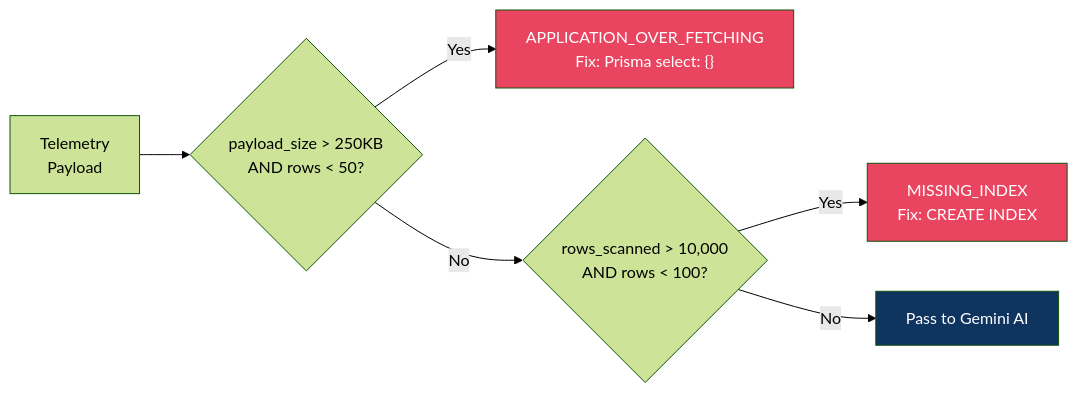
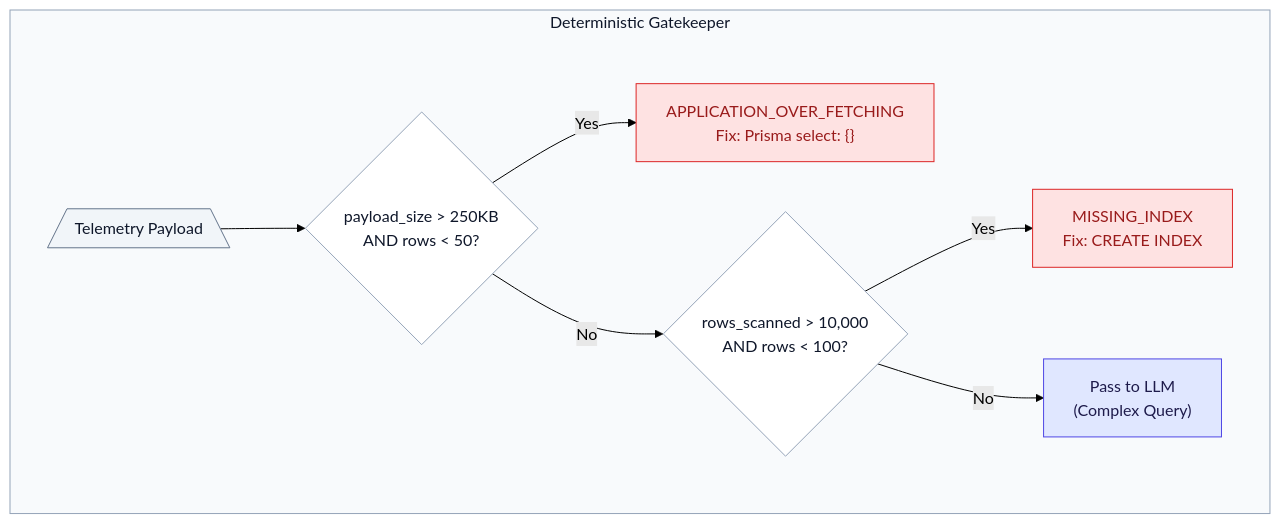
Before and after one commit to wazer24/Wrapper_anamoly-detection: the second of 4 diagrams in README.md, drawn with Mermaid (forest theme). The commit also changed other lines of this file, not shown here.

````diff
--- a/README.md
+++ b/README.md
@@ -66,12 +76,26 @@
 ```mermaid
 flowchart LR
-    P["Telemetry\nPayload"] --> Q{"payload_size > 250KB\nAND rows < 50?"}
-    Q -->|"Yes"| R["APPLICATION_OVER_FETCHING\nFix: Prisma select: {}"]
-    Q -->|"No"| S{"rows_scanned > 10,000\nAND rows < 100?"}
-    S -->|"Yes"| T["MISSING_INDEX\nFix: CREATE INDEX"]
-    S -->|"No"| U["Pass to Gemini AI"]
+    subgraph GATEKEEPER["Deterministic Gatekeeper"]
+        direction LR
+        P[/"Telemetry Payload"\]
+        Q{"payload_size > 250KB\nAND rows < 50?"}
+        S{"rows_scanned > 10,000\nAND rows < 100?"}
+        R["APPLICATION_OVER_FETCHING\nFix: Prisma select: {}"]
+        T["MISSING_INDEX\nFix: CREATE INDEX"]
+        U["Pass to LLM\n(Complex Query)"]
 
-    style R fill:#e94560,color:#fff
-    style T fill:#e94560,color:#fff
-    style U fill:#0f3460,color:#fff
+        P --> Q
+        Q -->|Yes| R
+        Q -->|No| S
+        S -->|Yes| T
+        S -->|No| U
+    end
+
+    style GATEKEEPER fill:#f8fafc,stroke:#94a3b8,color:#0f172a
+    style P fill:#f1f5f9,stroke:#64748b,color:#0f172a
+    style Q fill:#ffffff,stroke:#94a3b8,color:#0f172a
+    style S fill:#ffffff,stroke:#94a3b8,color:#0f172a
+    style R fill:#fee2e2,stroke:#dc2626,color:#991b1b
+    style T fill:#fee2e2,stroke:#dc2626,color:#991b1b
+    style U fill:#e0e7ff,stroke:#4f46e5,color:#1e1b4b
 ```
````
